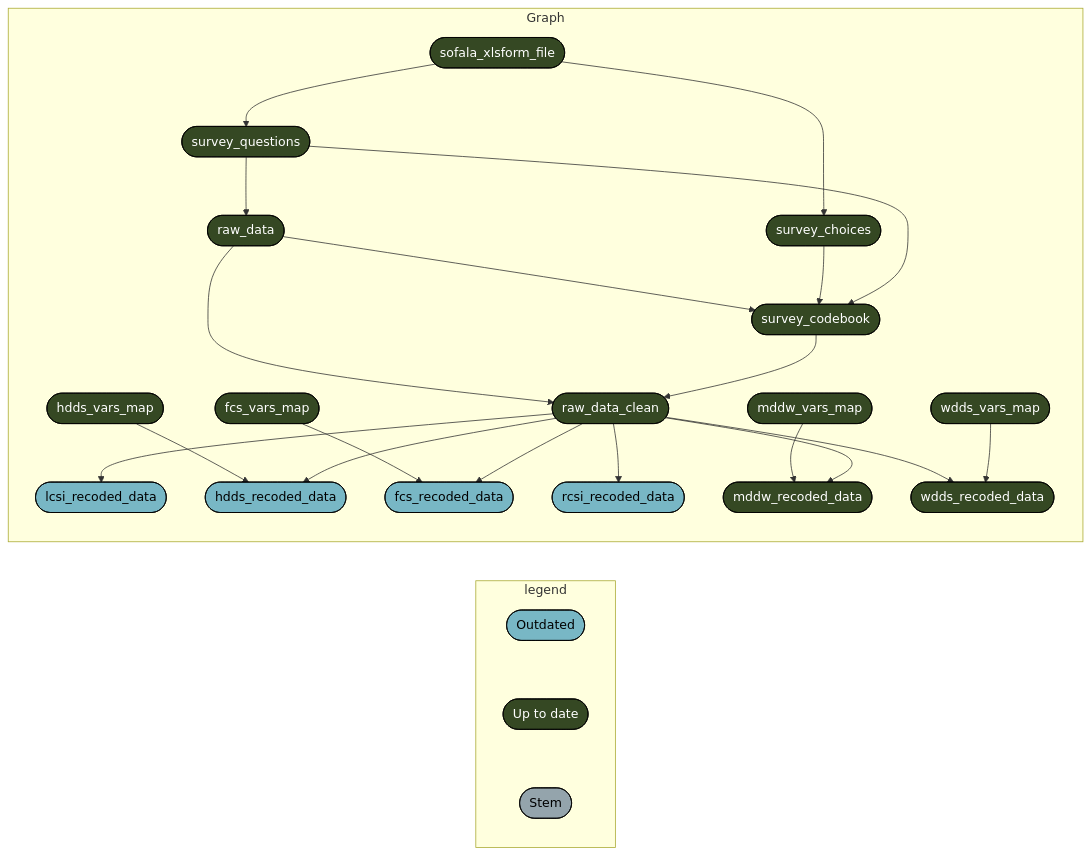
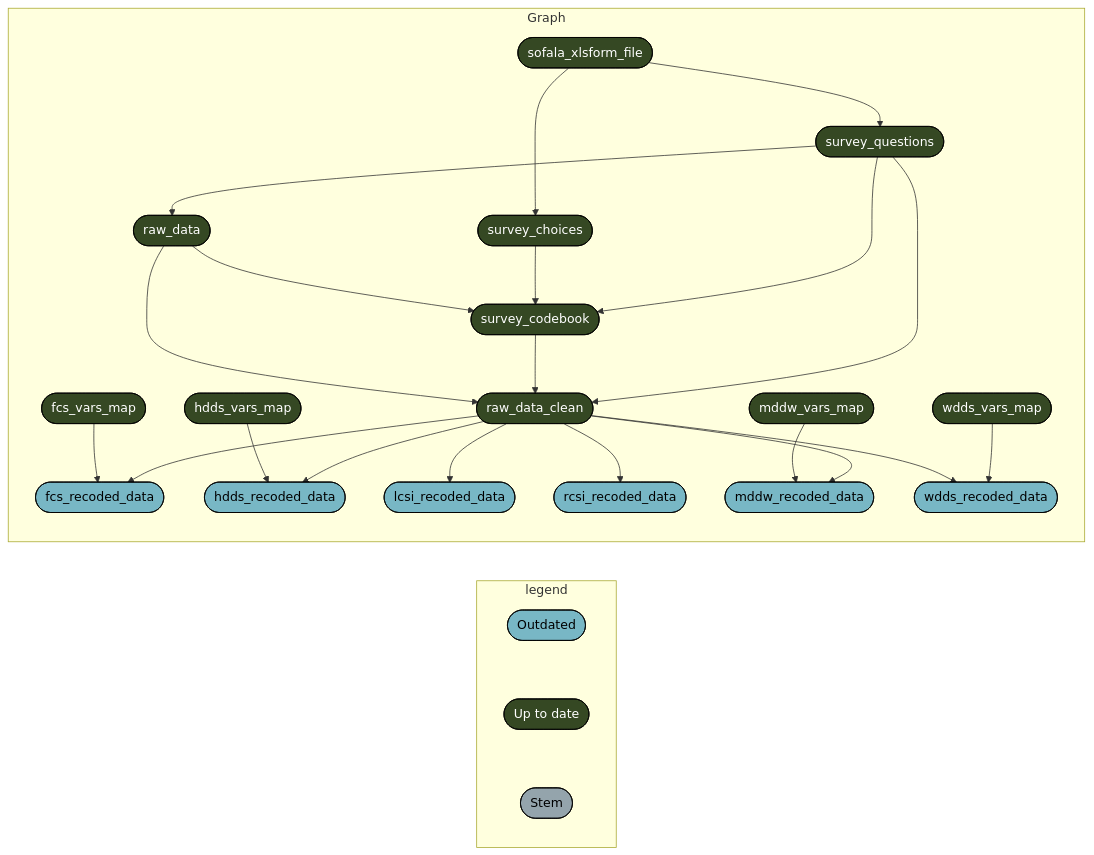
One commit to katilingban/mozambique-s3m changed the second of 4 diagrams in README.md. Above: the diagram before and after it, drawn with Mermaid. The commit also changed other lines of this file and 6 other files, not shown here.

````diff
--- a/README.md
+++ b/README.md
@@ -58,32 +58,33 @@
 ``` mermaid
 graph LR
   subgraph legend
     x0a52b03877696646([""Outdated""]):::outdated --- x7420bd9270f8d27d([""Up to date""]):::uptodate
     x7420bd9270f8d27d([""Up to date""]):::uptodate --- xbf4603d6c2c2ad6b([""Stem""]):::none
   end
   subgraph Graph
-    x136e4e85e6851637(["raw_data"]):::uptodate --> x09e58614f2343db8(["raw_data_clean"]):::uptodate
-    xfcfc1959dbba8ed3(["survey_codebook"]):::uptodate --> x09e58614f2343db8(["raw_data_clean"]):::uptodate
-    x0c65864d89dfd824(["survey_questions"]):::uptodate --> x136e4e85e6851637(["raw_data"]):::uptodate
-    x09e58614f2343db8(["raw_data_clean"]):::uptodate --> x1bfdb340aaf51c10(["lcsi_recoded_data"]):::outdated
-    x52eeb21c389d52d8(["sofala_xlsform_file"]):::uptodate --> x5aed27afbde18e19(["survey_choices"]):::uptodate
-    xd946f9fb4faff97c(["hdds_vars_map"]):::uptodate --> x5f4e9e79af1e1472(["hdds_recoded_data"]):::outdated
-    x09e58614f2343db8(["raw_data_clean"]):::uptodate --> x5f4e9e79af1e1472(["hdds_recoded_data"]):::outdated
     x6d5a6a038d8cf062(["fcs_vars_map"]):::uptodate --> x710620555a048954(["fcs_recoded_data"]):::outdated
     x09e58614f2343db8(["raw_data_clean"]):::uptodate --> x710620555a048954(["fcs_recoded_data"]):::outdated
-    x09e58614f2343db8(["raw_data_clean"]):::uptodate --> x9db0983be8f9a87e(["rcsi_recoded_data"]):::outdated
-    x52eeb21c389d52d8(["sofala_xlsform_file"]):::uptodate --> x0c65864d89dfd824(["survey_questions"]):::uptodate
-    xcf59fc858ba254c4(["mddw_vars_map"]):::uptodate --> xaf0c296cd393c60a(["mddw_recoded_data"]):::uptodate
-    x09e58614f2343db8(["raw_data_clean"]):::uptodate --> xaf0c296cd393c60a(["mddw_recoded_data"]):::uptodate
-    x09e58614f2343db8(["raw_data_clean"]):::uptodate --> x89dfb95fe8e44cfd(["wdds_recoded_data"]):::uptodate
-    xf222f81b7d734901(["wdds_vars_map"]):::uptodate --> x89dfb95fe8e44cfd(["wdds_recoded_data"]):::uptodate
     x136e4e85e6851637(["raw_data"]):::uptodate --> xfcfc1959dbba8ed3(["survey_codebook"]):::uptodate
     x5aed27afbde18e19(["survey_choices"]):::uptodate --> xfcfc1959dbba8ed3(["survey_codebook"]):::uptodate
     x0c65864d89dfd824(["survey_questions"]):::uptodate --> xfcfc1959dbba8ed3(["survey_codebook"]):::uptodate
+    x0c65864d89dfd824(["survey_questions"]):::uptodate --> x136e4e85e6851637(["raw_data"]):::uptodate
+    xd946f9fb4faff97c(["hdds_vars_map"]):::uptodate --> x5f4e9e79af1e1472(["hdds_recoded_data"]):::outdated
+    x09e58614f2343db8(["raw_data_clean"]):::uptodate --> x5f4e9e79af1e1472(["hdds_recoded_data"]):::outdated
+    x09e58614f2343db8(["raw_data_clean"]):::uptodate --> x1bfdb340aaf51c10(["lcsi_recoded_data"]):::outdated
+    x52eeb21c389d52d8(["sofala_xlsform_file"]):::uptodate --> x5aed27afbde18e19(["survey_choices"]):::uptodate
+    x52eeb21c389d52d8(["sofala_xlsform_file"]):::uptodate --> x0c65864d89dfd824(["survey_questions"]):::uptodate
+    x09e58614f2343db8(["raw_data_clean"]):::uptodate --> x9db0983be8f9a87e(["rcsi_recoded_data"]):::outdated
+    xcf59fc858ba254c4(["mddw_vars_map"]):::uptodate --> xaf0c296cd393c60a(["mddw_recoded_data"]):::outdated
+    x09e58614f2343db8(["raw_data_clean"]):::uptodate --> xaf0c296cd393c60a(["mddw_recoded_data"]):::outdated
+    x09e58614f2343db8(["raw_data_clean"]):::uptodate --> x89dfb95fe8e44cfd(["wdds_recoded_data"]):::outdated
+    xf222f81b7d734901(["wdds_vars_map"]):::uptodate --> x89dfb95fe8e44cfd(["wdds_recoded_data"]):::outdated
+    x136e4e85e6851637(["raw_data"]):::uptodate --> x09e58614f2343db8(["raw_data_clean"]):::uptodate
+    xfcfc1959dbba8ed3(["survey_codebook"]):::uptodate --> x09e58614f2343db8(["raw_data_clean"]):::uptodate
+    x0c65864d89dfd824(["survey_questions"]):::uptodate --> x09e58614f2343db8(["raw_data_clean"]):::uptodate
   end
   classDef outdated stroke:#000000,color:#000000,fill:#78B7C5;
   classDef uptodate stroke:#000000,color:#ffffff,fill:#354823;
   classDef none stroke:#000000,color:#000000,fill:#94a4ac;
   linkStyle 0 stroke-width:0px;
   linkStyle 1 stroke-width:0px;
 ```
````
